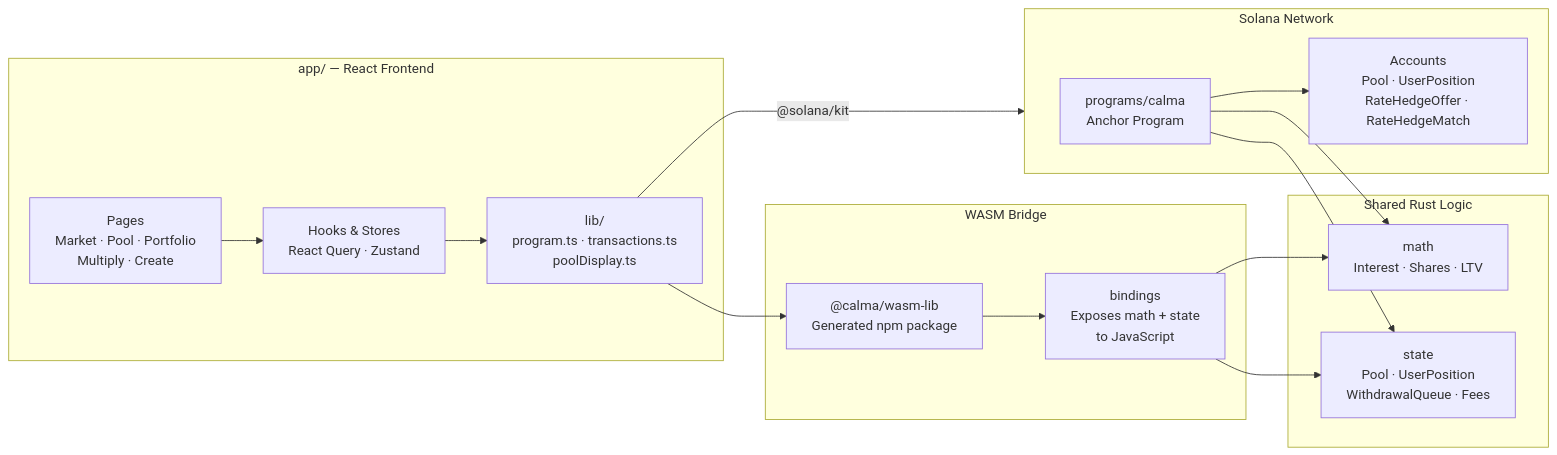
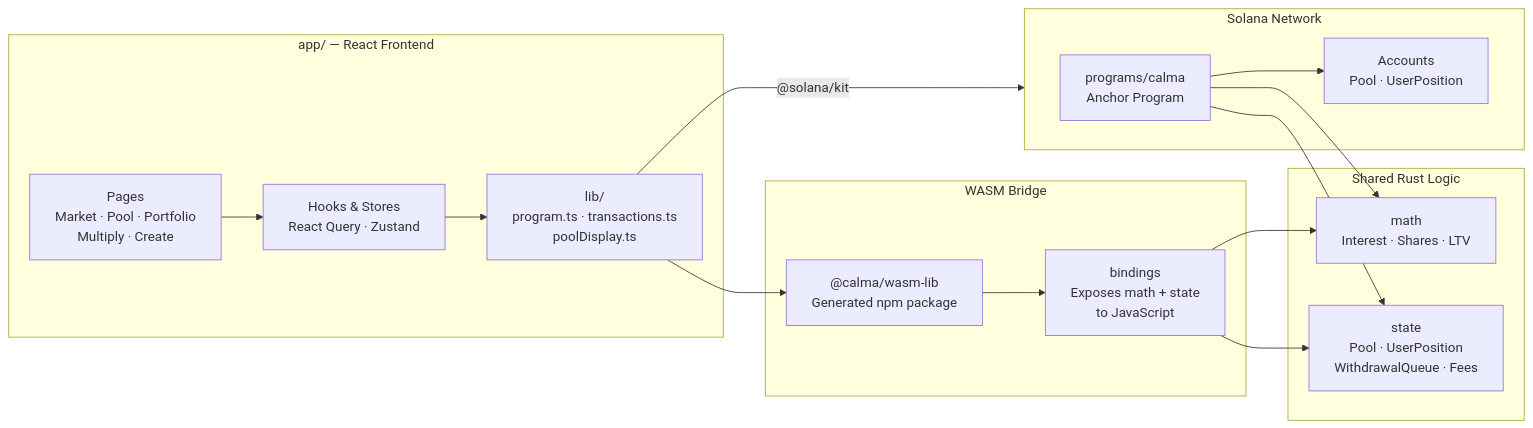
One commit to calma-labs/calma changed the second of 7 diagrams in ARCHITECTURE.md. Above: the diagram before and after it, drawn with Mermaid. The commit also changed other lines of this file and 87 other files, not shown here.

````diff
--- a/ARCHITECTURE.md
+++ b/ARCHITECTURE.md
@@ -37,34 +39,34 @@
 ```mermaid
 graph LR
     subgraph Frontend["app/ — React Frontend"]
         UI["Pages\nMarket · Pool · Portfolio\nMultiply · Create"]
         HOOKS["Hooks & Stores\nReact Query · Zustand"]
         LIB["lib/\nprogram.ts · transactions.ts\npoolDisplay.ts"]
     end
 
     subgraph Chain["Solana Network"]
         ANCHOR["programs/calma\nAnchor Program"]
-        ACCOUNTS["Accounts\nPool · UserPosition\nRateHedgeOffer · RateHedgeMatch"]
+        ACCOUNTS["Accounts\nPool · UserPosition"]
     end
 
     subgraph Shared["Shared Rust Logic"]
         CALMA_MATH["math\nInterest · Shares · LTV"]
         CALMA_STATE["state\nPool · UserPosition\nWithdrawalQueue · Fees"]
     end
 
     subgraph WASM["WASM Bridge"]
         CALMA_WASM["bindings\nExposes math + state\nto JavaScript"]
         WASM_LIB["@calma/wasm-lib\nGenerated npm package"]
     end
 
     UI --> HOOKS
     HOOKS --> LIB
     LIB -->|"@solana/kit"| Chain
     LIB --> WASM_LIB
     WASM_LIB --> CALMA_WASM
     CALMA_WASM --> CALMA_MATH
     CALMA_WASM --> CALMA_STATE
     ANCHOR --> CALMA_MATH
     ANCHOR --> CALMA_STATE
     ANCHOR --> ACCOUNTS
 ```
````
